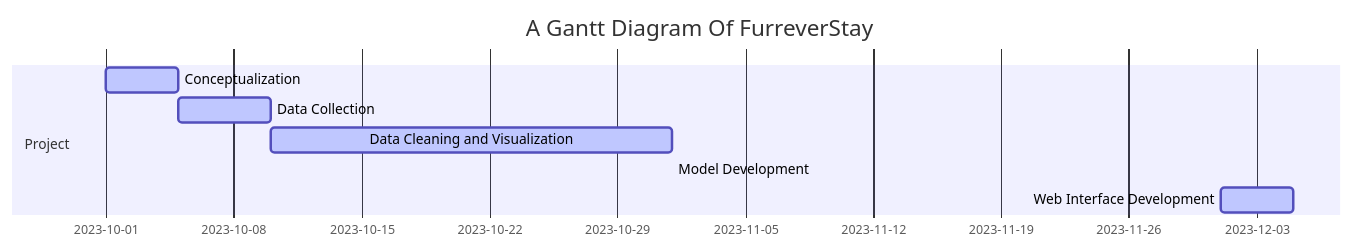
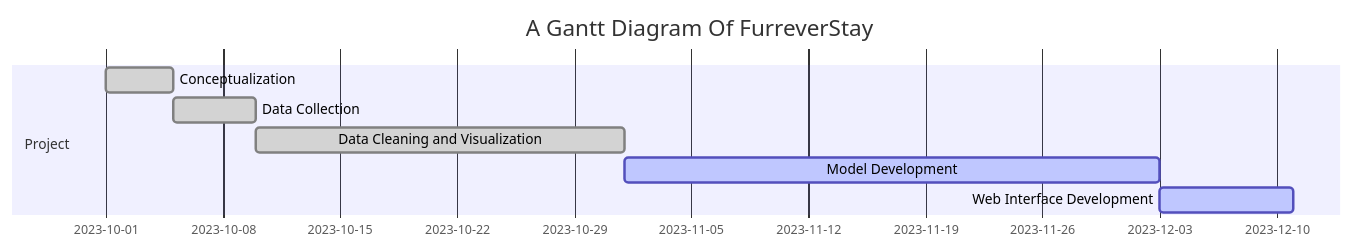
Before and after one commit to AhnafHamim/Furrever-stay: the first of 2 diagrams in README.md, drawn with Mermaid.

````diff
--- a/README.md
+++ b/README.md
@@ -63,12 +63,12 @@
 ```mermaid
 gantt
     dateFormat  YYYY-MM-DD
     title A Gantt Diagram Of FurreverStay
 
     section Project
-    Conceptualization           :active, a1, 2023-10-01, 2023-10-05
-    Data Collection             :active, a2, 2023-10-05, 2023-10-10
-    Data Cleaning and Visualization :active, a3, 2023-10-10, 2023-11-01
-    Model Development           :active, a4, 2023-11-01, after a3
-    Web Interface Development   :active, a4, 2023-12-01, 2023-12-05
+    Conceptualization           :done, a1, 2023-10-01, 2023-10-05
+    Data Collection             :done, a2, 2023-10-05, 2023-10-10
+    Data Cleaning and Visualization :done, a3, 2023-10-10, 2023-11-01
+    Model Development           :active, a4, 2023-11-01, 2023-12-03
+    Web Interface Development   :active, a4, 2023-12-03, 2023-12-11
 ```
````
